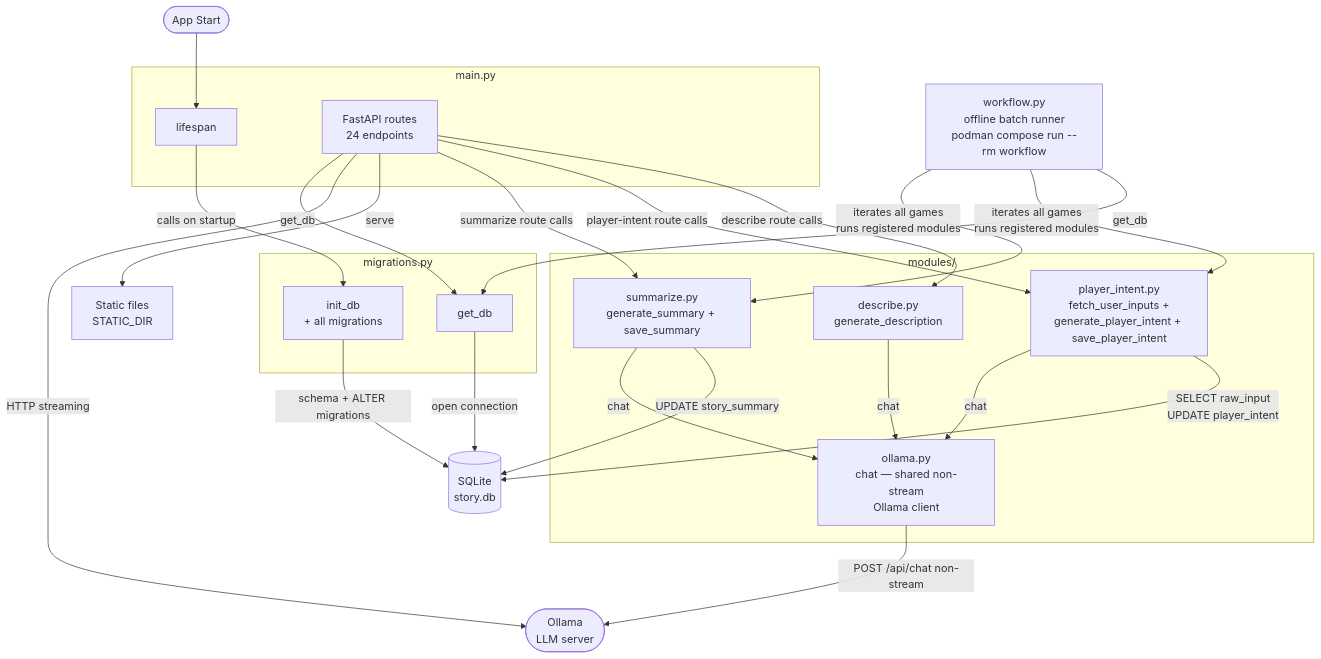
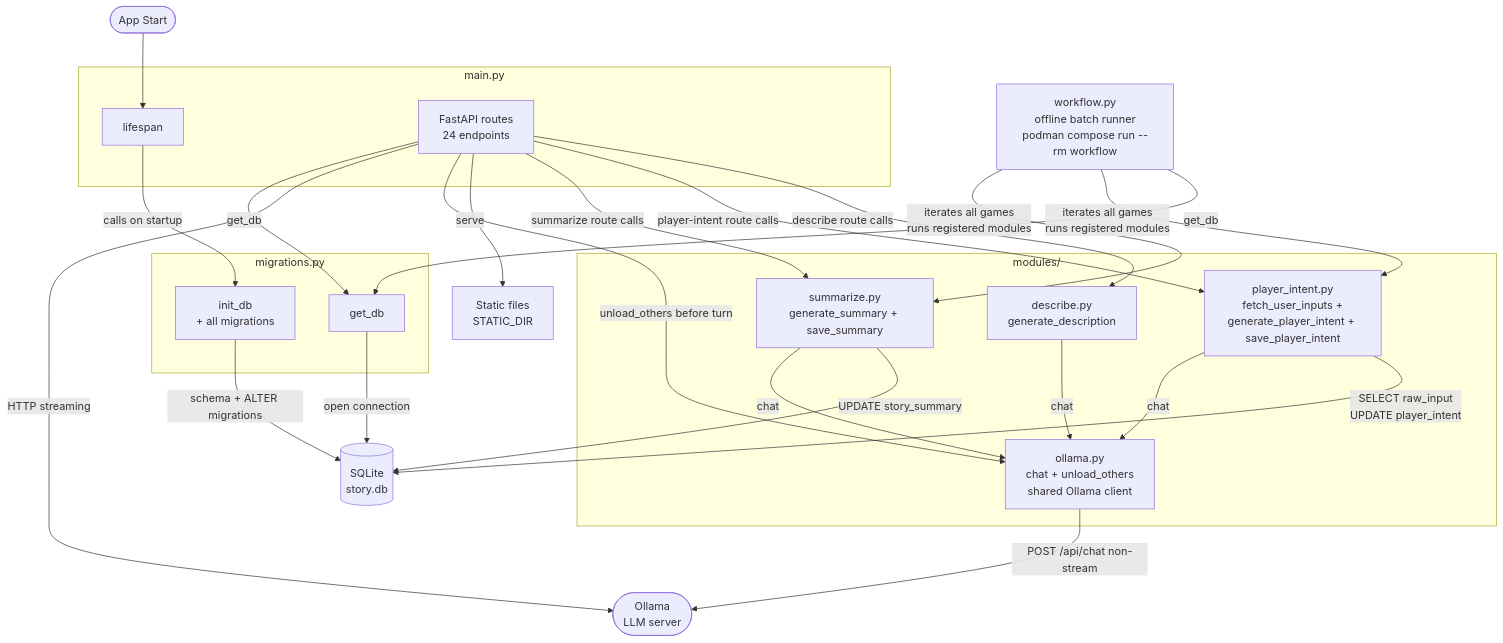
The diagram in flowDiagram.md (vreezy/storytelling), drawn with Mermaid before and after one commit. The commit also changed other lines of this file and 11 other files, not shown here.

````diff
--- a/flowDiagram.md
+++ b/flowDiagram.md
@@ -5,50 +5,51 @@
 ```mermaid
 flowchart TD
     START([App Start])
 
     subgraph MIGS["migrations.py"]
         M1[get_db]
         M2[init_db\n+ all migrations]
     end
 
     subgraph MAIN["main.py"]
         MA[lifespan]
         MB[FastAPI routes\n24 endpoints]
     end
 
     subgraph MODS["modules/"]
         S1[summarize.py\ngenerate_summary + save_summary]
         S2[player_intent.py\nfetch_user_inputs +\ngenerate_player_intent + save_player_intent]
         S3[describe.py\ngenerate_description]
-        S4[ollama.py\nchat — shared non-stream\nOllama client]
+        S4[ollama.py\nchat + unload_others\nshared Ollama client]
     end
 
     WF[workflow.py\noffline batch runner\npodman compose run --rm workflow]
 
     EXT1[(SQLite\nstory.db)]
     EXT2([Ollama\nLLM server])
     EXT3[Static files\nSTATIC_DIR]
 
     START --> MA
     MA -->|calls on startup| M2
     M2 -->|schema + ALTER migrations| EXT1
     M1 -->|open connection| EXT1
     MB -->|get_db| M1
     MB -->|HTTP streaming| EXT2
+    MB -->|unload_others before turn| S4
     MB -->|serve| EXT3
     MB -->|summarize route calls| S1
     MB -->|player-intent route calls| S2
     MB -->|describe route calls| S3
     S3 -->|chat| S4
     WF -->|iterates all games\nruns registered modules| S1
     WF -->|iterates all games\nruns registered modules| S2
     WF -->|get_db| M1
     S1 -->|chat| S4
     S1 -->|UPDATE story_summary| EXT1
     S2 -->|chat| S4
     S4 -->|POST /api/chat non-stream| EXT2
     S2 -->|SELECT raw_input\nUPDATE player_intent| EXT1
 
     click MIGS "flowDiagram_migrations.md" "Open migrations.py diagram"
     click MAIN "flowDiagram_main.md" "Open main.py diagram"
 ```
````
